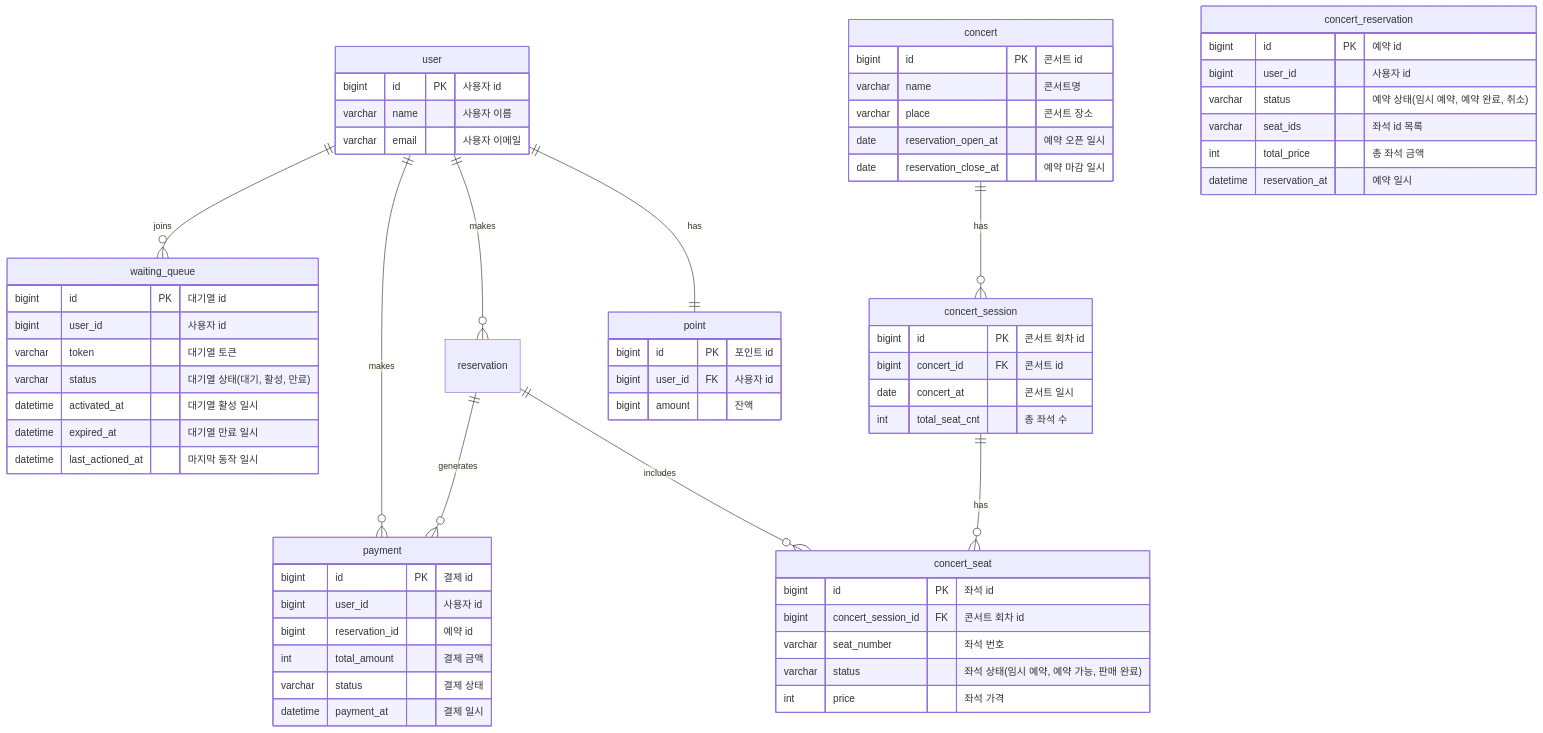
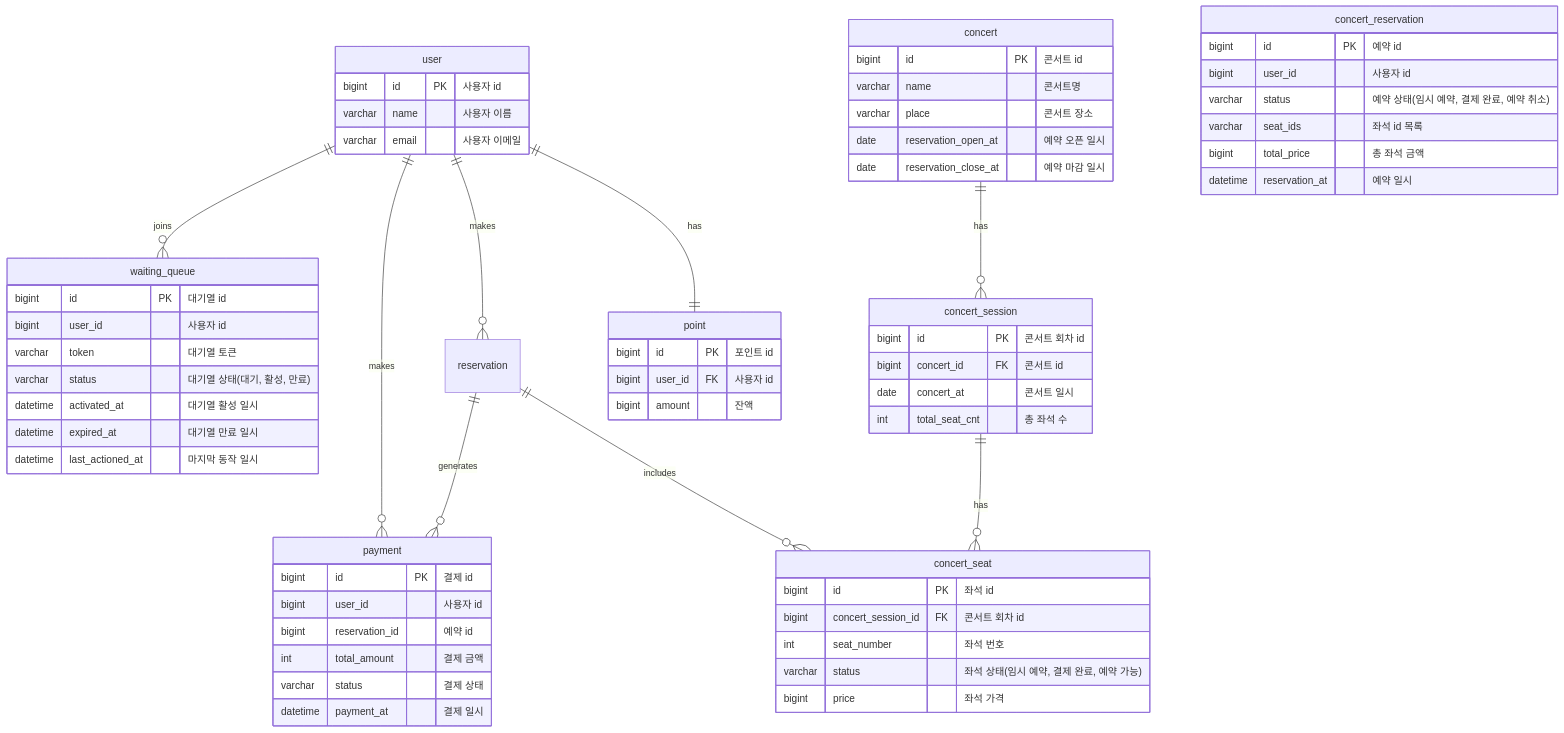
The diagram in docs/ERD.md (rueun/hhplus-concert-reservation), drawn with Mermaid before and after one commit. The commit also changed 1 other file, not shown here.

Commit message:
docs: api 명세 및 erd 수정

````diff
--- a/docs/ERD.md
+++ b/docs/ERD.md
@@ -1,79 +1,79 @@
 ```mermaid
 erDiagram
     user {
         bigint id PK "사용자 id"
         varchar name "사용자 이름"
         varchar email "사용자 이메일"
     }
 
     point {
         bigint id PK "포인트 id"
         bigint user_id FK "사용자 id"
         bigint amount "잔액"
     }
 
     waiting_queue {
         bigint id PK "대기열 id"
         bigint user_id "사용자 id"
         varchar token "대기열 토큰"
         varchar status "대기열 상태(대기, 활성, 만료)"
         datetime activated_at "대기열 활성 일시"
         datetime expired_at "대기열 만료 일시"
         datetime last_actioned_at "마지막 동작 일시"
     }
 
     concert {
         bigint id PK "콘서트 id"
         varchar name "콘서트명"
         varchar place "콘서트 장소"
         date reservation_open_at "예약 오픈 일시"
         date reservation_close_at "예약 마감 일시"
     }
 
     concert_session {
         bigint id PK "콘서트 회차 id"
         bigint concert_id FK "콘서트 id"
         date concert_at "콘서트 일시"
         int total_seat_cnt "총 좌석 수"
     }
 
     concert_seat {
         bigint id PK "좌석 id"
         bigint concert_session_id FK "콘서트 회차 id"
-        varchar seat_number "좌석 번호"
-        varchar status "좌석 상태(임시 예약, 예약 가능, 판매 완료)"
-        int price "좌석 가격"
+        int seat_number "좌석 번호"
+        varchar status "좌석 상태(임시 예약, 결제 완료, 예약 가능)"
+        bigint price "좌석 가격"
     }
 
     concert_reservation {
         bigint id PK "예약 id"
         bigint user_id "사용자 id"
-        varchar status "예약 상태(임시 예약, 예약 완료, 취소)"
+        varchar status "예약 상태(임시 예약, 결제 완료, 예약 취소)"
         varchar seat_ids "좌석 id 목록"
-        int total_price "총 좌석 금액"
+        bigint total_price "총 좌석 금액"
         datetime reservation_at "예약 일시"
     }
 
     payment {
         bigint id PK "결제 id"
         bigint user_id "사용자 id"
         bigint reservation_id "예약 id"
         int total_amount "결제 금액"
         varchar status "결제 상태"
         datetime payment_at "결제 일시"
     }
 
 
 %% 관계 정의
 user ||--|| point: "has"
 user ||--o{ reservation: "makes"
 user ||--o{ payment: "makes"
 user ||--o{ waiting_queue: "joins"
 
 concert ||--o{ concert_session: "has"
 
 concert_session ||--o{ concert_seat: "has"
 
 reservation ||--o{ concert_seat: "includes"
 reservation ||--o{ payment: "generates"
 ```
````
